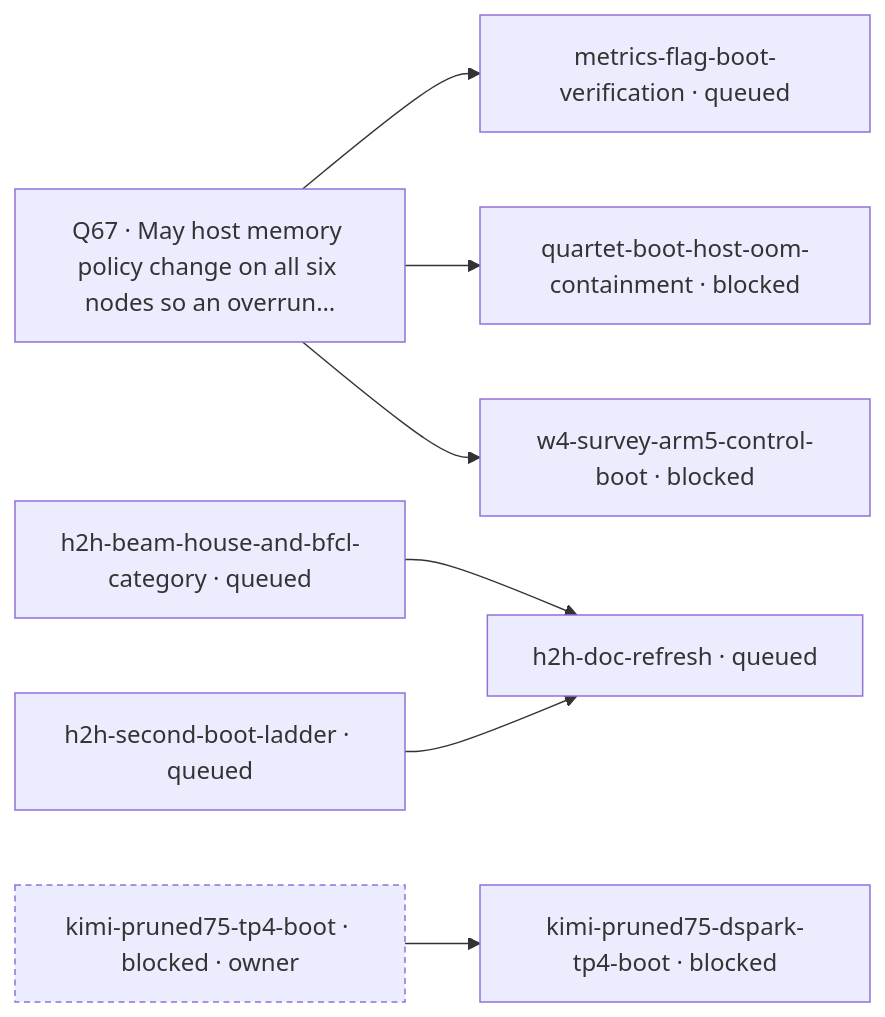
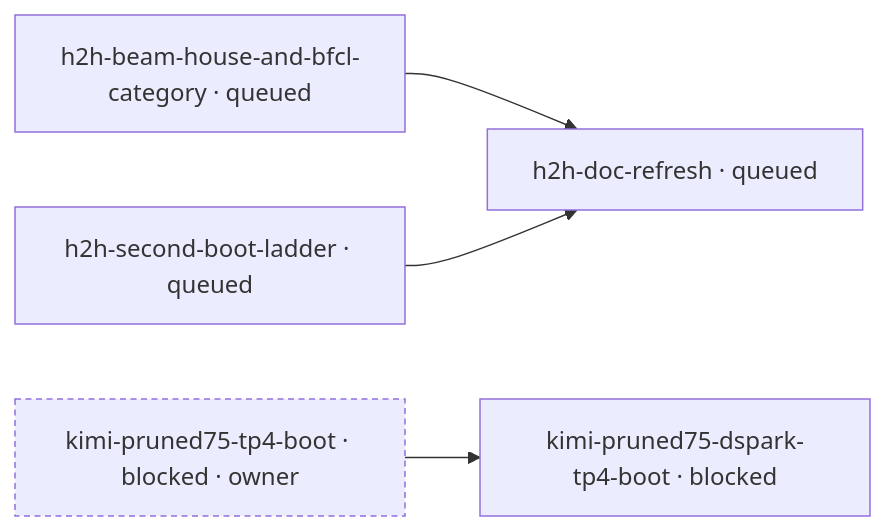
One commit to littlecedar/sparkrun-recipe-registry changed the diagram in mad-science/STATUS.md. Above: the diagram before and after it, drawn with Mermaid. The commit also changed other lines of this file, not shown here.

````diff
--- a/mad-science/STATUS.md
+++ b/mad-science/STATUS.md
@@ -15,20 +14,13 @@
 ```mermaid
 flowchart LR
-  %% 12 blocked, 3 edges, 9 prose-gated, 2 question-gated, 1 question, 18 rows not drawn (--all)
-  q67["Q67 · May host memory policy change on all six nodes so an overrun…"]
+  %% 11 blocked, 3 edges, 10 prose-gated, 0 question-gated, 0 question, 22 rows not drawn (--all)
   t1["h2h-beam-house-and-bfcl-category · queued"]
   t2["h2h-doc-refresh · queued"]
   t3["h2h-second-boot-ladder · queued"]
   t4["kimi-pruned75-dspark-tp4-boot · blocked"]
   t5["kimi-pruned75-tp4-boot · blocked · owner"]:::no-recorded-edge
-  t6["metrics-flag-boot-verification · queued"]
-  t7["quartet-boot-host-oom-containment · blocked"]
-  t8["w4-survey-arm5-control-boot · blocked"]
-  q67 --> t6
-  q67 --> t7
-  q67 --> t8
   t1 --> t2
   t3 --> t2
   t5 --> t4
   classDef no-recorded-edge stroke-dasharray: 4 3
 ```
````
